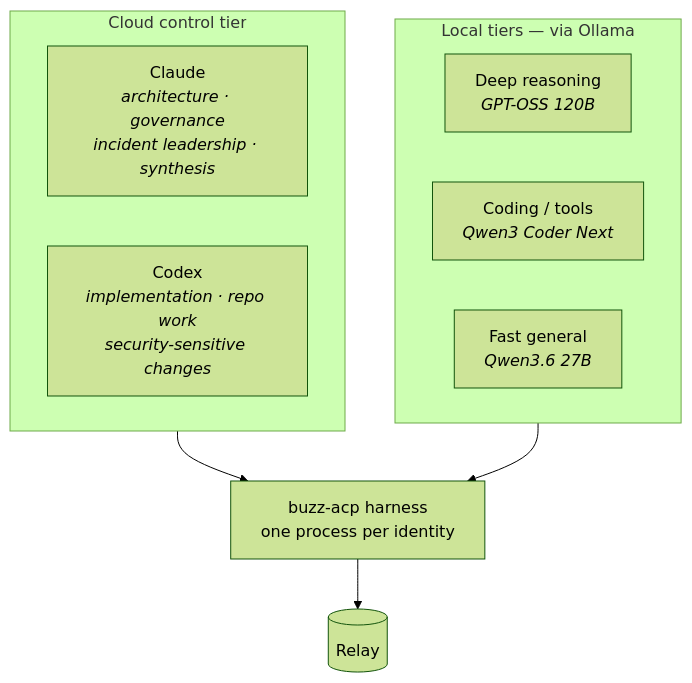
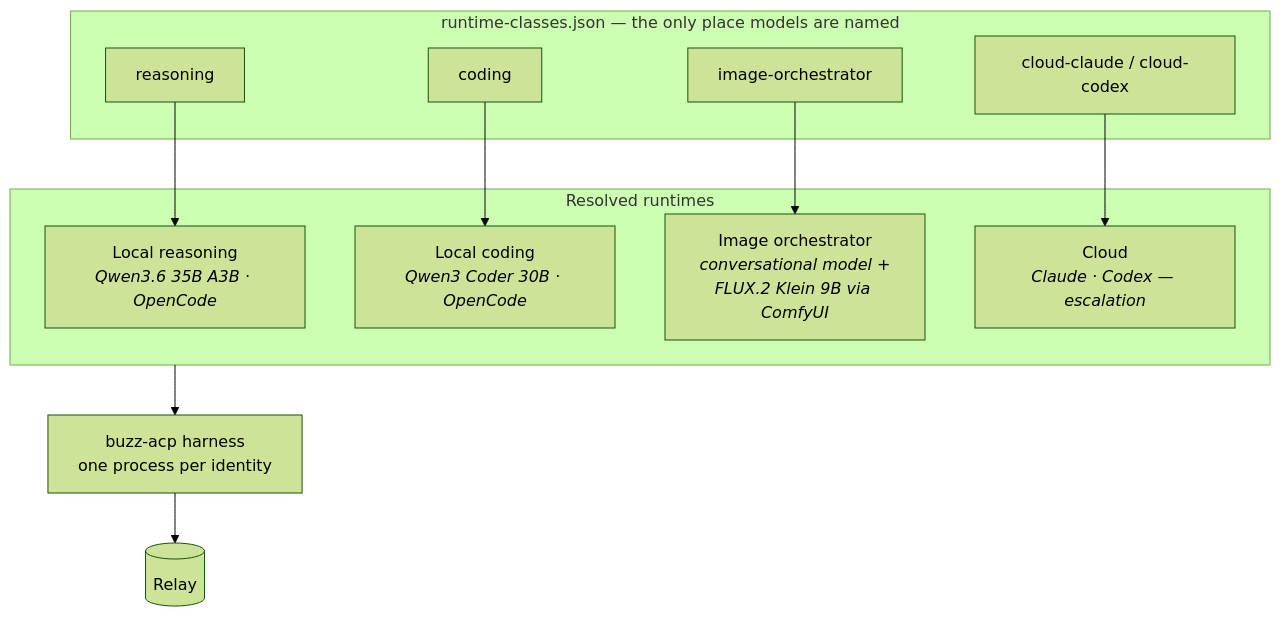
The fourth of 5 diagrams in ARCHITECTURE.md (kgkzworld/BuzzAILab), drawn with Mermaid (forest theme) before and after one commit. The commit also changed other lines of this file and 2 other files, not shown here.

First line of the commit message:
Document the declarative runtime-class registry

````diff
--- a/ARCHITECTURE.md
+++ b/ARCHITECTURE.md
@@ -107,15 +129,21 @@
 ```mermaid
 flowchart TD
-    subgraph Cloud["Cloud control tier"]
-        CL[Claude<br/><i>architecture · governance<br/>incident leadership · synthesis</i>]
-        CX[Codex<br/><i>implementation · repo work<br/>security-sensitive changes</i>]
+    subgraph Reg["runtime-classes.json — the only place models are named"]
+        C1["reasoning"]
+        C2["coding"]
+        C3["image-orchestrator"]
+        C4["cloud-claude / cloud-codex"]
     end
-    subgraph Local["Local tiers — via Ollama"]
-        L1[Deep reasoning<br/><i>GPT-OSS 120B</i>]
-        L2[Coding / tools<br/><i>Qwen3 Coder Next</i>]
-        L3[Fast general<br/><i>Qwen3.6 27B</i>]
+    subgraph Res["Resolved runtimes"]
+        L1[Local reasoning<br/><i>Qwen3.6 35B A3B · OpenCode</i>]
+        L2[Local coding<br/><i>Qwen3 Coder 30B · OpenCode</i>]
+        L3[Image orchestrator<br/><i>conversational model +<br/>FLUX.2 Klein 9B via ComfyUI</i>]
+        CL[Cloud<br/><i>Claude · Codex — escalation</i>]
     end
-    Cloud --> H[buzz-acp harness<br/>one process per identity]
-    Local --> H
+    C1 --> L1
+    C2 --> L2
+    C3 --> L3
+    C4 --> CL
+    Res --> H[buzz-acp harness<br/>one process per identity]
     H --> R[(Relay)]
 ```
````
